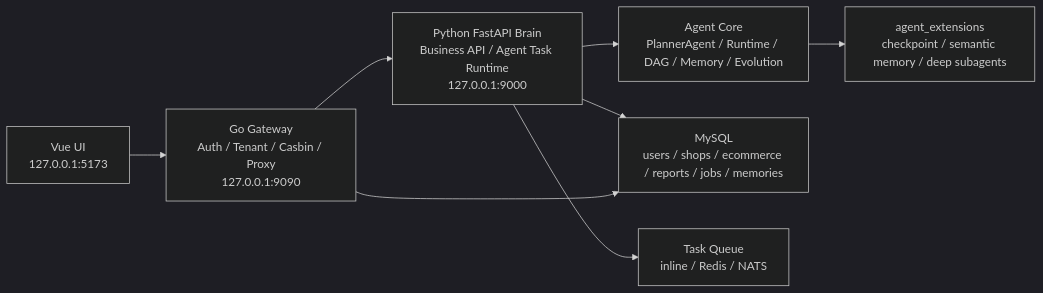
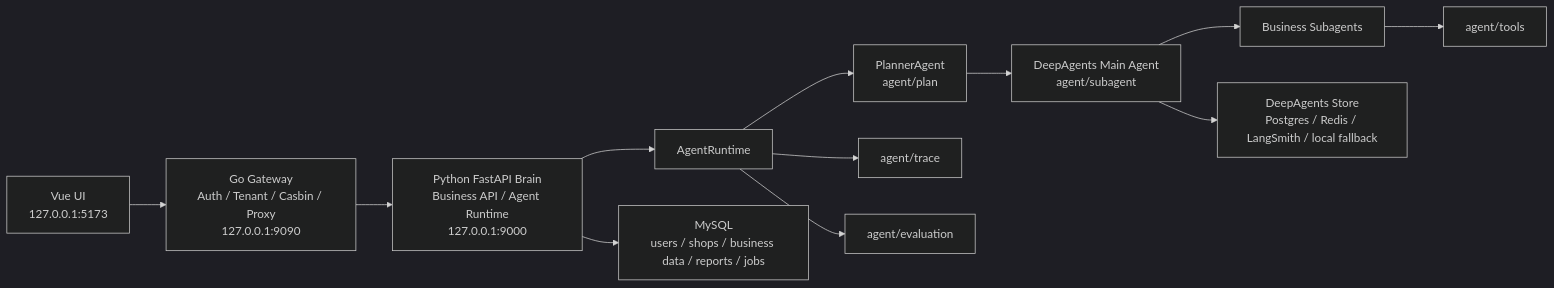
Before and after one commit to lbk119/EcommerceAgent: the first of 3 diagrams in README.md, drawn with Mermaid (dark theme). The commit also changed other lines of this file and 164 other files, not shown here.

Commit message:
Refactor agent architecture and update README

````diff
--- a/README.md
+++ b/README.md
@@ -15,10 +30,14 @@
 ```mermaid
 flowchart LR
   UI["Vue UI<br/>127.0.0.1:5173"] --> GW["Go Gateway<br/>Auth / Tenant / Casbin / Proxy<br/>127.0.0.1:9090"]
-  GW --> Brain["Python FastAPI Brain<br/>Business API / Agent Task Runtime<br/>127.0.0.1:9000"]
-  Brain --> Agent["Agent Core<br/>PlannerAgent / Runtime / DAG / Memory / Evolution"]
-  Brain --> DB["MySQL<br/>users / shops / ecommerce / reports / jobs / memories"]
-  Brain --> Queue["Task Queue<br/>inline / Redis / NATS"]
-  Agent --> Ext["agent_extensions<br/>checkpoint / semantic memory / deep subagents"]
-  GW --> DB
+  GW --> Brain["Python FastAPI Brain<br/>Business API / Agent Runtime<br/>127.0.0.1:9000"]
+  Brain --> Runtime["AgentRuntime"]
+  Runtime --> Planner["PlannerAgent<br/>agent/plan"]
+  Planner --> Main["DeepAgents Main Agent<br/>agent/subagent"]
+  Main --> Subs["Business Subagents"]
+  Subs --> Tools["agent/tools"]
+  Main --> Store["DeepAgents Store<br/>Postgres / Redis / LangSmith / local fallback"]
+  Runtime --> Trace["agent/trace"]
+  Runtime --> Eval["agent/evaluation"]
+  Brain --> DB["MySQL<br/>users / shops / business data / reports / jobs"]
 ```
````
